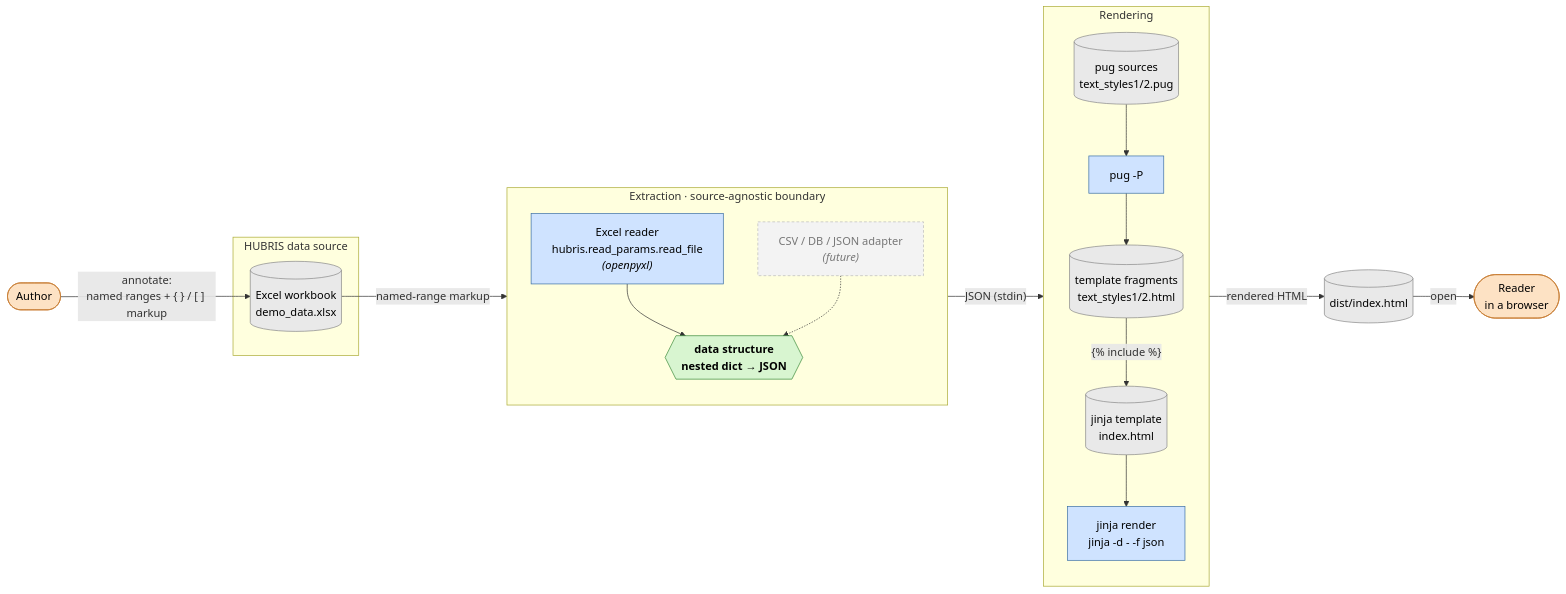
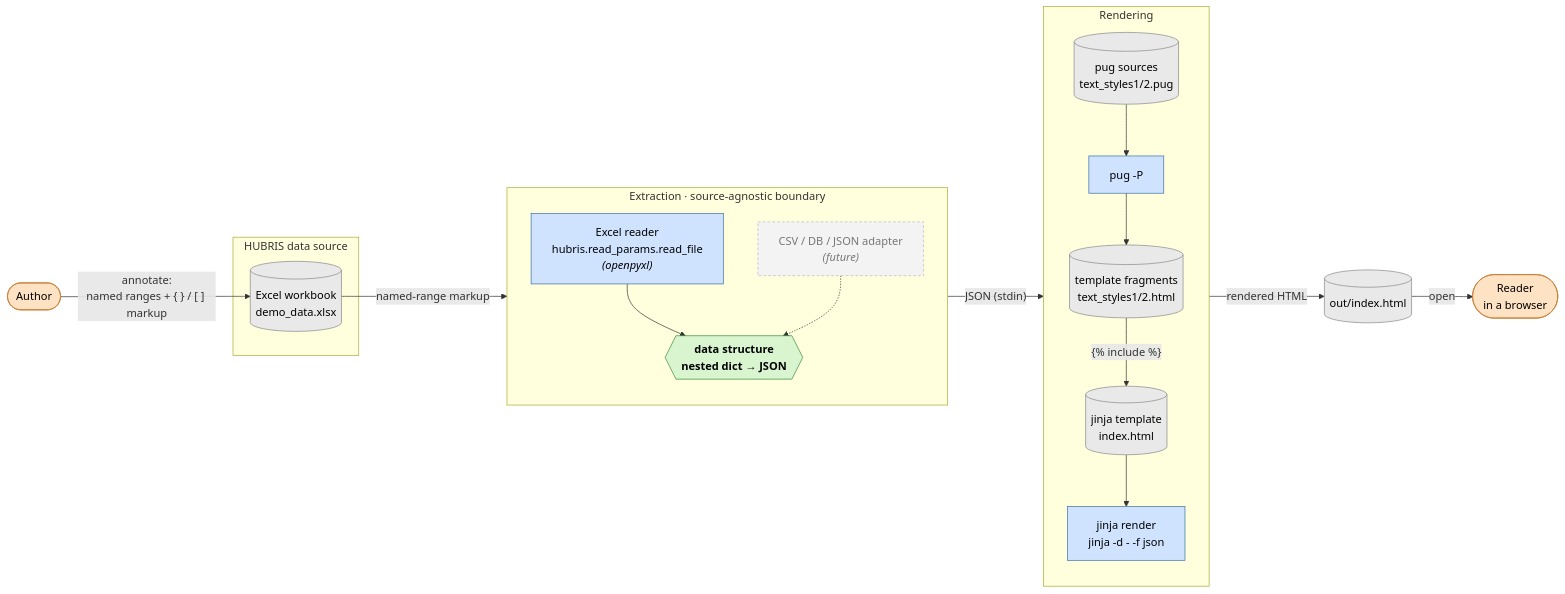
Before and after one commit to holdenweb/edjas-demo: the first of 2 diagrams in docs/dataflow.md, drawn with Mermaid. The commit also changed other lines of this file and 3 other files, not shown here.

First line of the commit message:
Rename build output directory dist->out

````diff
--- a/docs/dataflow.md
+++ b/docs/dataflow.md
@@ -25,47 +25,47 @@
 ```mermaid
 flowchart LR
     author([Author]):::entity
     reader_person([Reader<br/>in a browser]):::entity
 
     %% ---- Authoring ----
     author -- "annotate:<br/>named ranges + { } / [ ] markup" --> wb
 
     subgraph source [HUBRIS data source]
         wb[(Excel workbook<br/>demo_data.xlsx)]:::store
     end
 
     %% ---- Extraction: the source-agnostic boundary ----
     subgraph extract [Extraction · source-agnostic boundary]
         direction TB
         xl["Excel reader<br/>hubris.read_params.read_file<br/><i>(openpyxl)</i>"]:::proc
         future["CSV / DB / JSON adapter<br/><i>(future)</i>"]:::future
         pivot{{"data structure<br/>nested dict → JSON"}}:::pivot
         xl --> pivot
         future -.-> pivot
     end
 
     wb -- "named-range markup" --> xl
 
     %% ---- Rendering ----
     subgraph render [Rendering]
         direction TB
         pug[(pug sources<br/>text_styles1/2.pug)]:::store
         frag[(template fragments<br/>text_styles1/2.html)]:::store
         tpl[(jinja template<br/>index.html)]:::store
         pugc["pug -P"]:::proc
         jinja["jinja render<br/>jinja -d - -f json"]:::proc
         pug --> pugc --> frag
         frag -- "{% include %}" --> tpl
         tpl --> jinja
     end
 
     pivot -- "JSON (stdin)" --> jinja
-    jinja -- "rendered HTML" --> out[(dist/index.html)]:::store
+    jinja -- "rendered HTML" --> out[(out/index.html)]:::store
     out -- "open" --> reader_person
 
     classDef entity fill:#fde2c4,stroke:#c77b30,color:#000;
     classDef proc   fill:#cfe3ff,stroke:#3a6ea5,color:#000;
     classDef store  fill:#e9e9e9,stroke:#888,color:#000;
     classDef pivot  fill:#d8f5d0,stroke:#3a8a3a,color:#000,font-weight:bold;
     classDef future fill:#f3f3f3,stroke:#bbb,color:#777,stroke-dasharray:4 3;
 ```
````
